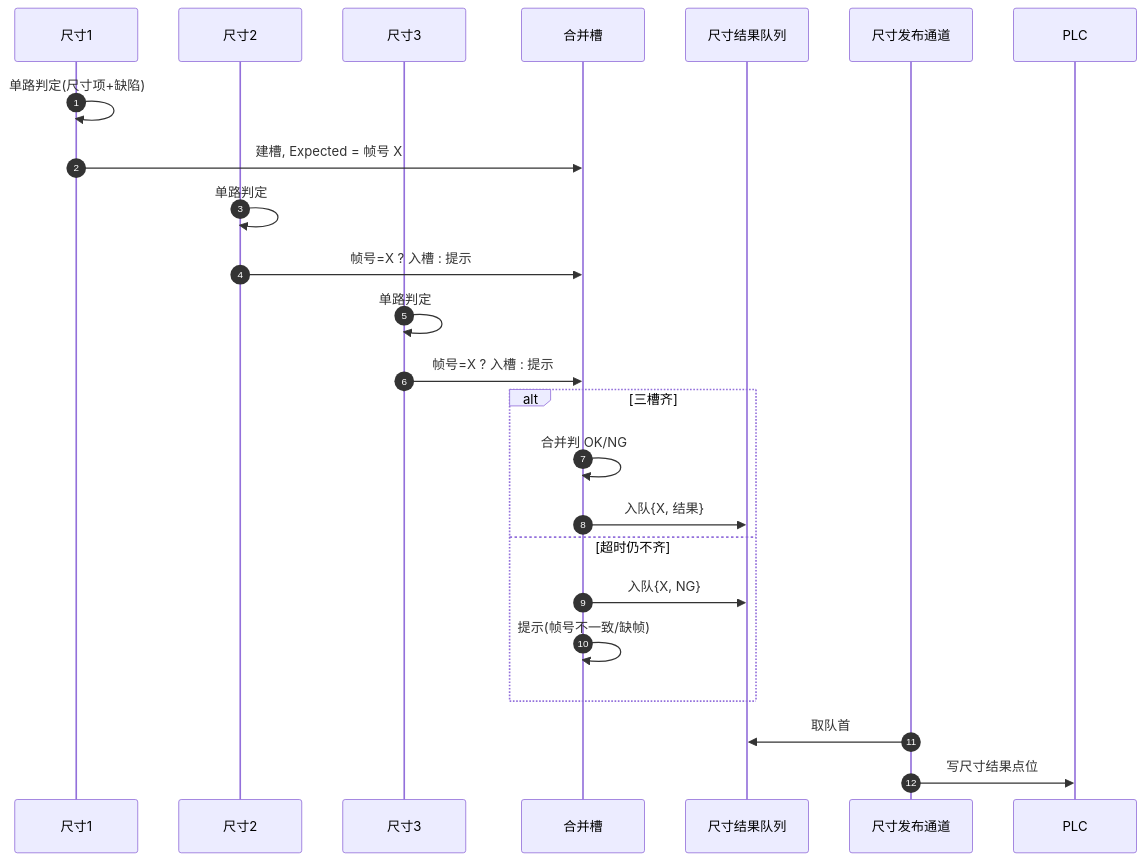
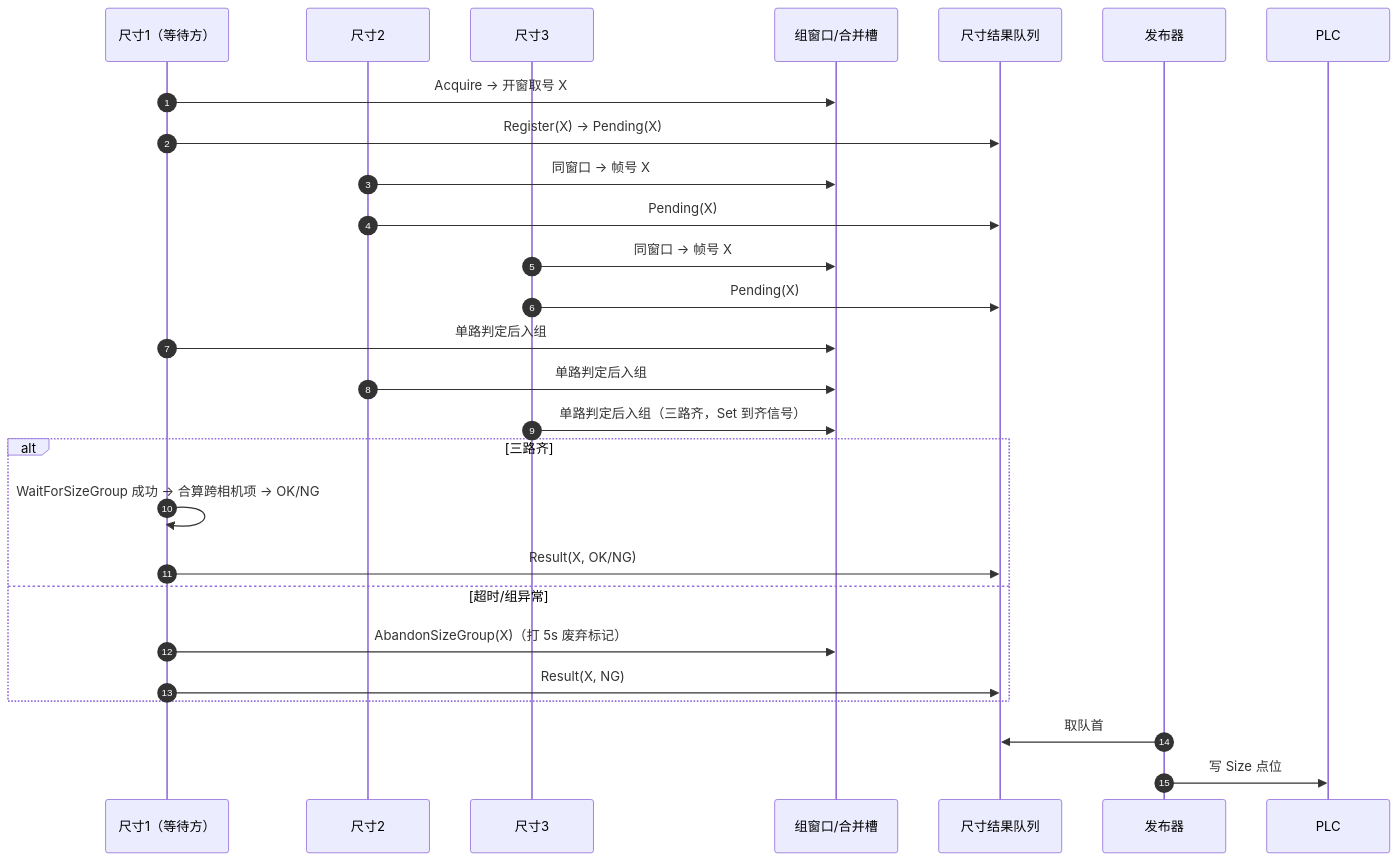
One commit to HowieKwok/die-cutter changed the fourth of 6 diagrams in docs/五金模切_帧队列与PLC发布设计.md. Above: the diagram before and after it, drawn with Mermaid. The commit also changed other lines of this file, not shown here.

````diff
--- a/docs/五金模切_帧队列与PLC发布设计.md
+++ b/docs/五金模切_帧队列与PLC发布设计.md
@@ -351,27 +519,30 @@
 ```mermaid
 sequenceDiagram
     autonumber
-    participant C1 as 尺寸1
+    participant C1 as 尺寸1（等待方）
     participant C2 as 尺寸2
     participant C3 as 尺寸3
-    participant G as 合并槽
-    participant RS as 尺寸结果队列
-    participant SS as 尺寸发布通道
-    participant PLC
+    participant W as 组窗口/合并槽
+    participant R as 尺寸结果队列
+    participant P as 发布器
+    participant PLC as PLC
 
-    C1->>C1: 单路判定(尺寸项+缺陷)
-    C1->>G: 建槽, Expected = 帧号 X
-    C2->>C2: 单路判定
-    C2->>G: 帧号=X ? 入槽 : 提示
-    C3->>C3: 单路判定
-    C3->>G: 帧号=X ? 入槽 : 提示
-    alt 三槽齐
-        G->>G: 合并判 OK/NG
-        G->>RS: 入队{X, 结果}
-    else 超时仍不齐
-        G->>RS: 入队{X, NG}
-        G->>G: 提示(帧号不一致/缺帧)
+    C1->>W: Acquire → 开窗取号 X
+    C1->>R: Register(X) → Pending(X)
+    C2->>W: 同窗口 → 帧号 X
+    C2->>R: Pending(X)
+    C3->>W: 同窗口 → 帧号 X
+    C3->>R: Pending(X)
+    C1->>W: 单路判定后入组
+    C2->>W: 单路判定后入组
+    C3->>W: 单路判定后入组（三路齐，Set 到齐信号）
+    alt 三路齐
+        C1->>C1: WaitForSizeGroup 成功 → 合算跨相机项 → OK/NG
+        C1->>R: Result(X, OK/NG)
+    else 超时/组异常
+        C1->>W: AbandonSizeGroup(X)（打 5s 废弃标记）
+        C1->>R: Result(X, NG)
     end
-    SS->>RS: 取队首
-    SS->>PLC: 写尺寸结果点位
+    P->>R: 取队首
+    P->>PLC: 写 Size 点位
 ```
````
